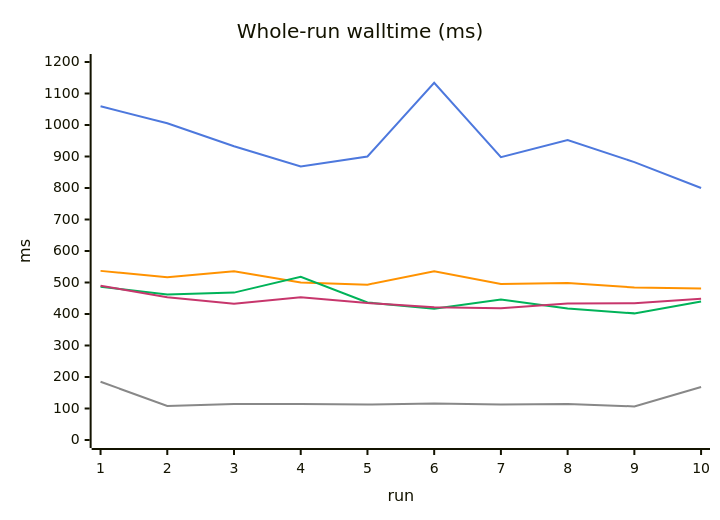
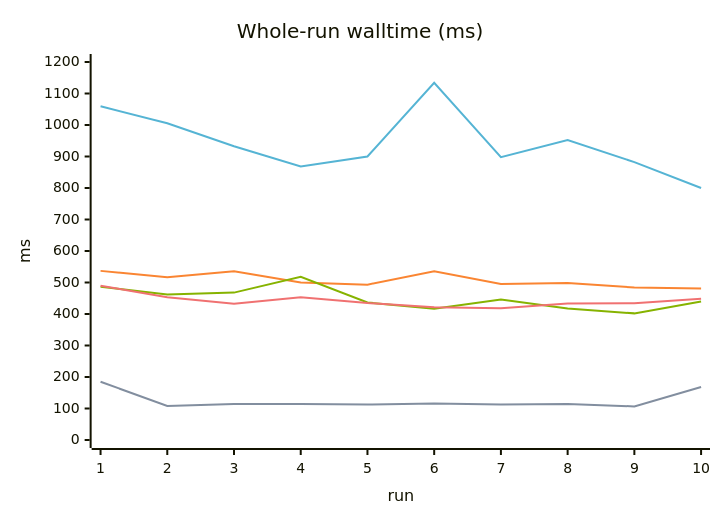
Before and after one commit to K4zoku/FF-WebHID: the third of 6 diagrams in docs/BENCHMARK.md, drawn with Mermaid. The commit also changed other lines of this file, not shown here.

````diff
--- a/docs/BENCHMARK.md
+++ b/docs/BENCHMARK.md
@@ -160,17 +166,17 @@
 ```mermaid
 ---
 config:
   themeVariables:
     xyChart:
-      plotColorPalette: '#4d78dd, #ff9200, #00b359, #c7366c, #888888'
+      plotColorPalette: '#55b4d4, #fa8532, #86b300, #f07171, #828e9f'
 ---
 xychart
     title "Whole-run walltime (ms)"
     x-axis "run" [1, 2, 3, 4, 5, 6, 7, 8, 9, 10]
     y-axis "ms" 0 --> 1200
     line "nm" [1059.5, 1005.4, 932.5, 868.0, 900.1, 1134.0, 897.9, 951.9, 882.2, 800.0]
     line "ws" [536.9, 516.5, 535.8, 499.8, 493.2, 535.9, 495.3, 498.2, 484.1, 481.1]
     line "wt-inpage" [486.2, 461.8, 467.9, 518.3, 436.6, 416.7, 446.3, 417.8, 402.0, 440.0]
     line "wt" [490.0, 452.9, 432.4, 453.0, 434.7, 421.3, 417.9, 433.3, 434.0, 448.5]
     line "native" [184.9, 108.2, 113.9, 114.1, 112.7, 116.0, 112.5, 114.3, 106.6, 168.0]
 ```
````
